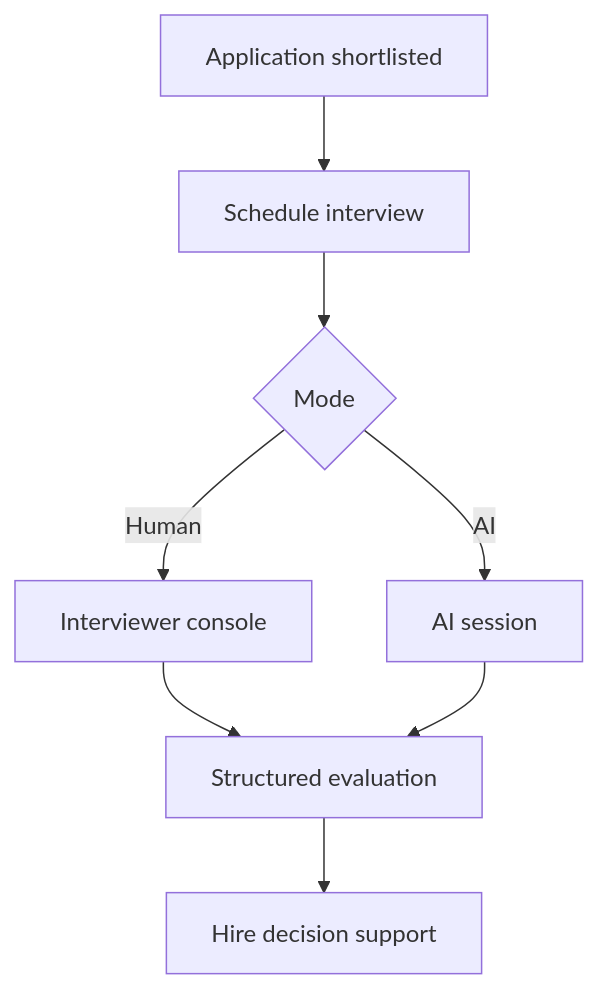
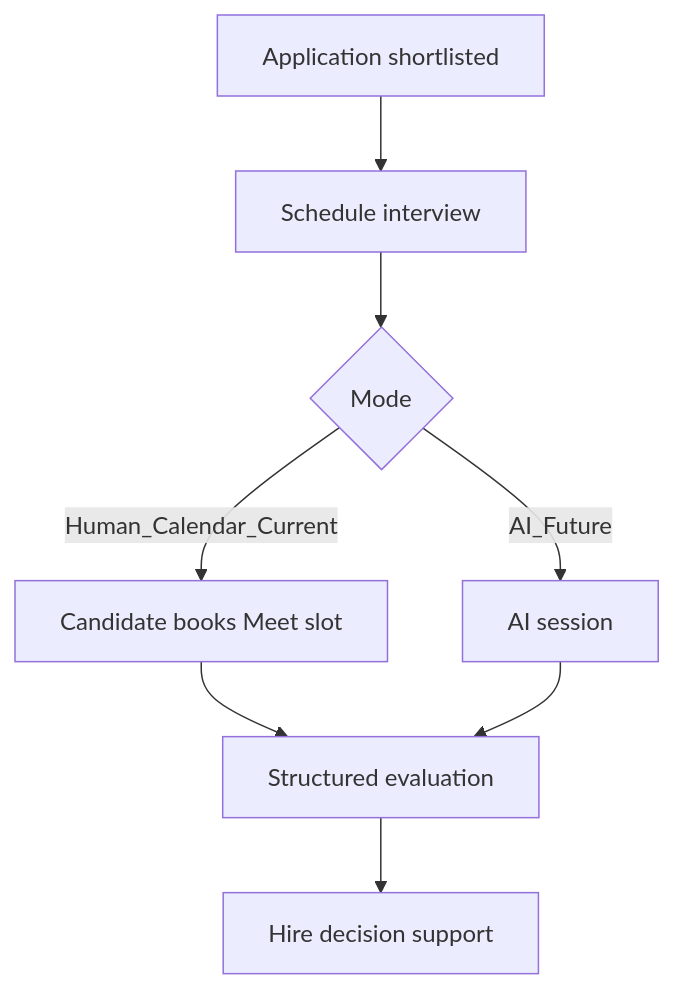
The second of 3 diagrams in docs/AI.md (TechBerryAI/HR-Intelligence-Platform), drawn with Mermaid before and after one commit. The commit also changed other lines of this file and 76 other files, not shown here.

````diff
--- a/docs/AI.md
+++ b/docs/AI.md
@@ -240,10 +245,10 @@
 ```mermaid
 flowchart TB
   App[Application shortlisted] --> Schedule[Schedule interview]
   Schedule --> Mode{Mode}
-  Mode -->|Human| H[Interviewer console]
-  Mode -->|AI| A[AI session]
+  Mode -->|Human_Calendar_Current| H[Candidate books Meet slot]
+  Mode -->|AI_Future| A[AI session]
   H --> Eval[Structured evaluation]
   A --> Eval
   Eval --> Decision[Hire decision support]
 ```
````
